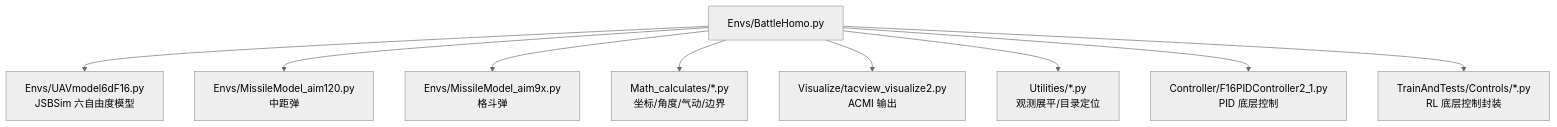
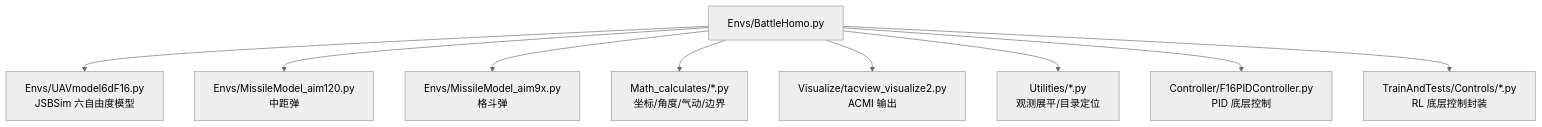
Before and after one commit to Notimetimer/project04_multi_fire_and_dodge_missile: the second of 3 diagrams in README.md, drawn with Mermaid (neutral theme). The commit also changed 1 other file, not shown here.

````diff
--- a/README.md
+++ b/README.md
@@ -94,21 +94,21 @@
 ```mermaid
 flowchart TD
     BATTLE["Envs/BattleHomo.py"]
     UAV["Envs/UAVmodel6dF16.py<br/>JSBSim 六自由度模型"]
     M120["Envs/MissileModel_aim120.py<br/>中距弹"]
     M9X["Envs/MissileModel_aim9x.py<br/>格斗弹"]
     MATH["Math_calculates/*.py<br/>坐标/角度/气动/边界"]
     TAC["Visualize/tacview_visualize2.py<br/>ACMI 输出"]
     UTIL["Utilities/*.py<br/>观测展平/目录定位"]
-    CTRL["Controller/F16PIDController2_1.py<br/>PID 底层控制"]
+    CTRL["Controller/F16PIDController.py<br/>PID 底层控制"]
     CWRAP["TrainAndTests/Controls/*.py<br/>RL 底层控制封装"]
 
     BATTLE --> UAV
     BATTLE --> M120
     BATTLE --> M9X
     BATTLE --> MATH
     BATTLE --> TAC
     BATTLE --> UTIL
     BATTLE --> CTRL
     BATTLE --> CWRAP
 ```
````
